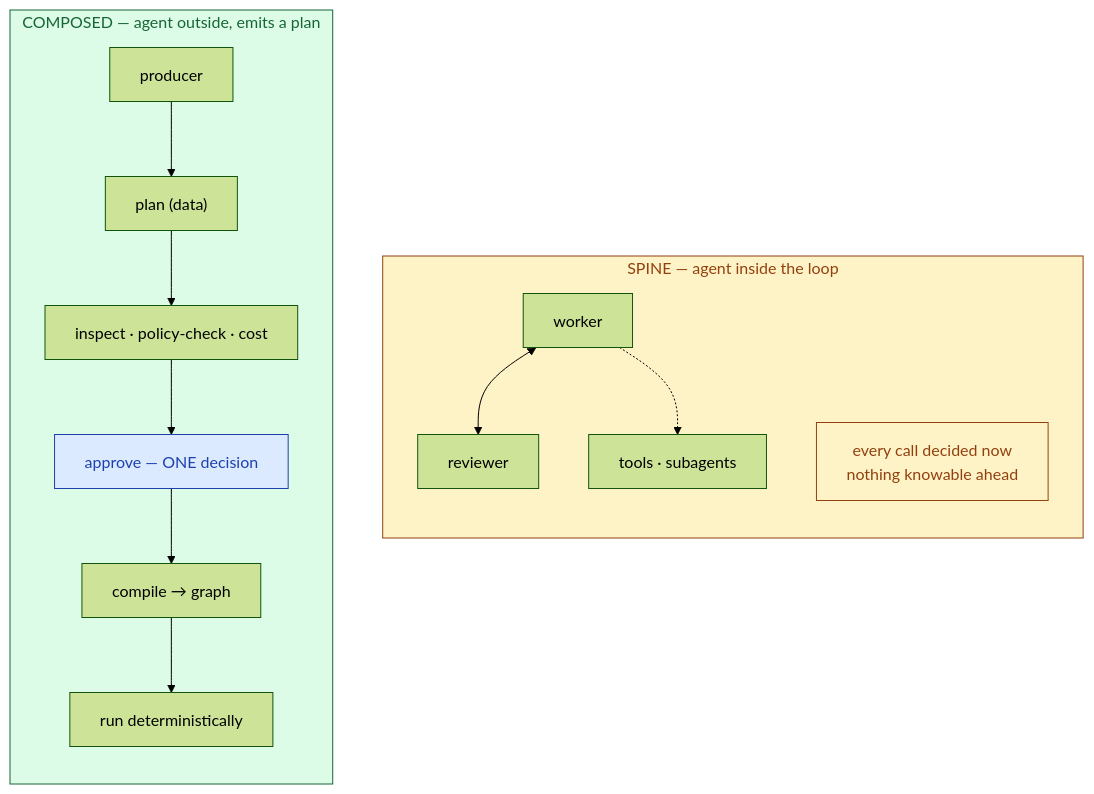
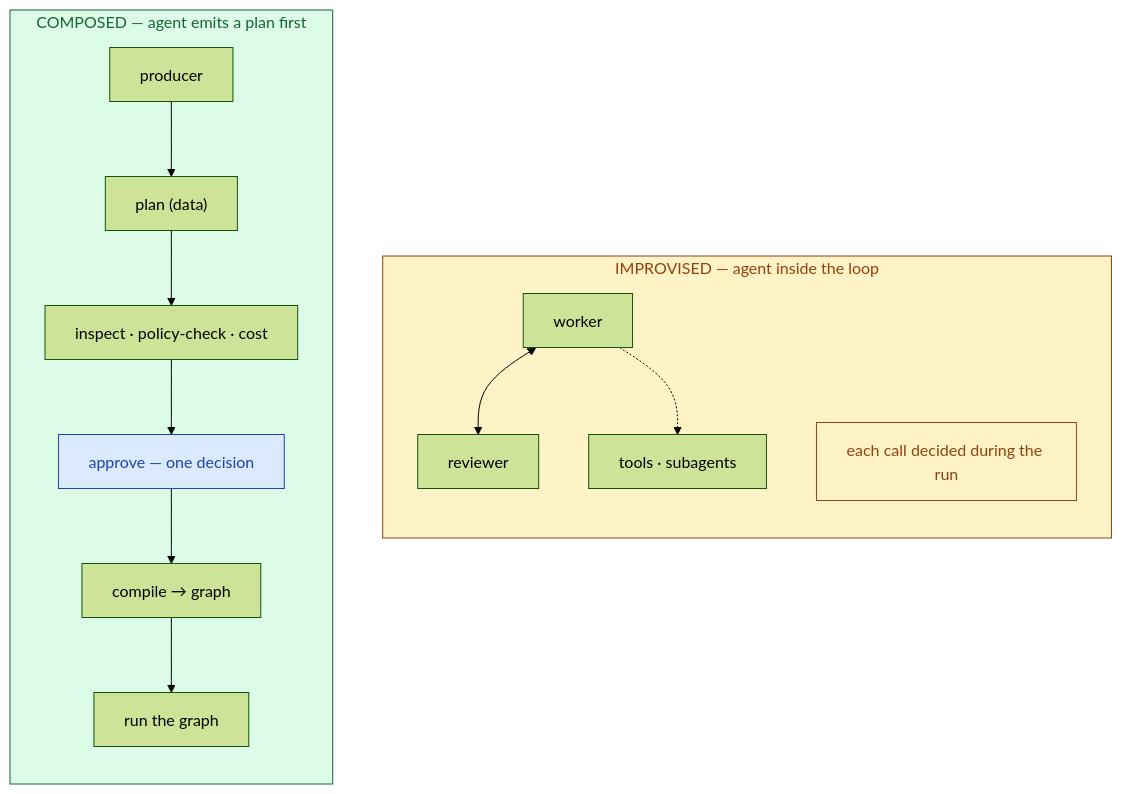
The first of 5 diagrams in chapters/ch10-choosing-a-runtime.qmd (bayeslearner/ai-software-engineering), drawn with Mermaid (forest theme) before and after one commit. The commit also changed other lines of this file and 3 other files, not shown here.

First line of the commit message:
ch10: control flow as a dial, not two camps; real intros for Pydantic AI and MAF

````diff
--- a/chapters/ch10-choosing-a-runtime.qmd
+++ b/chapters/ch10-choosing-a-runtime.qmd
@@ -35,22 +46,22 @@
 ```{mermaid}
-%%| fig-cap: "Two postures. Same agents, same tools, same models — different moment of decision."
+%%| fig-cap: "The same agents and tools, arranged two ways. They differ in when control flow is decided."
 flowchart TD
-    subgraph S["SPINE — agent inside the loop"]
+    subgraph S["IMPROVISED — agent inside the loop"]
         direction TB
         W["worker"] <--> R["reviewer"]
         W -.-> T["tools · subagents"]
-        SN["every call decided now<br/>nothing knowable ahead"]
+        SN["each call decided during the run"]
     end
-    subgraph C["COMPOSED — agent outside, emits a plan"]
+    subgraph C["COMPOSED — agent emits a plan first"]
         direction TB
         P["producer"] --> PL["plan (data)"]
         PL --> I["inspect · policy-check · cost"]
-        I --> A["approve — ONE decision"]
+        I --> A["approve — one decision"]
         A --> G["compile → graph"]
-        G --> X["run deterministically"]
+        G --> X["run the graph"]
     end
     style S fill:#fef3c7,stroke:#92400e,color:#92400e
     style C fill:#dcfce7,stroke:#166534,color:#166534
     style A fill:#dbeafe,stroke:#1e40af,color:#1e40af
     style SN fill:#fef3c7,stroke:#92400e,color:#92400e
 ```
````
